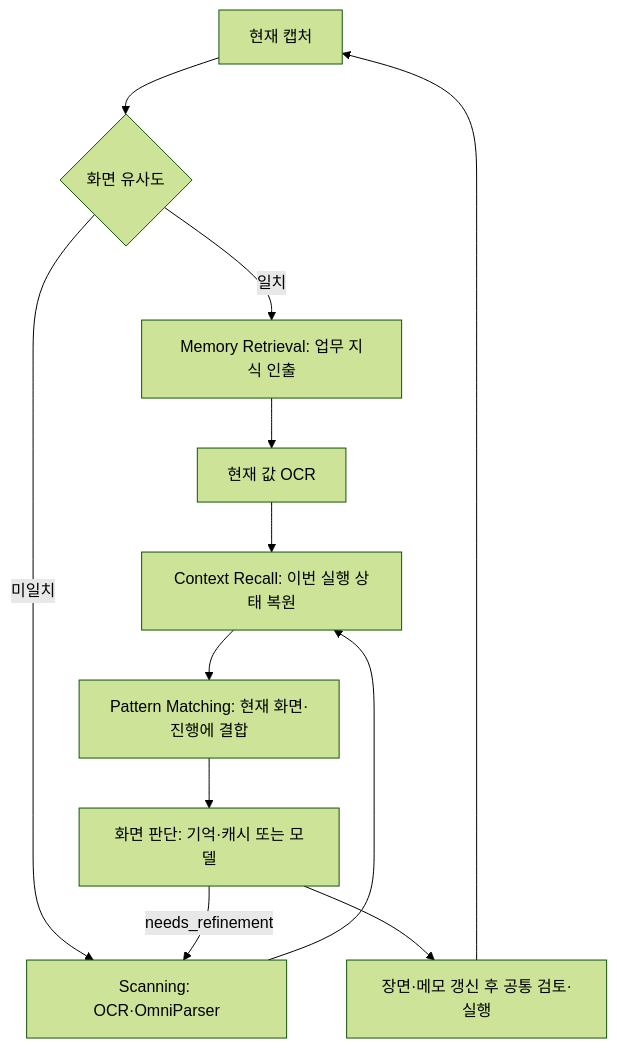
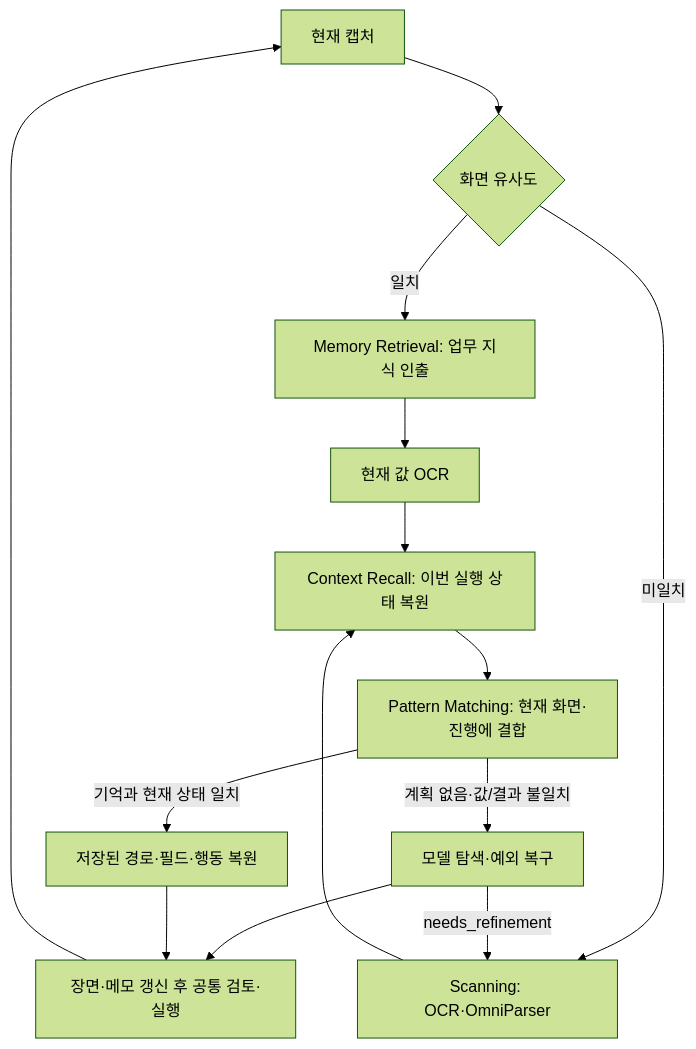
One commit to Dreamtreeme/agent-sawon changed the third of 3 diagrams in docs/code-flow.md. Above: the diagram before and after it, drawn with Mermaid (forest theme). The commit also changed other lines of this file and 11 other files, not shown here.

````diff
--- a/docs/code-flow.md
+++ b/docs/code-flow.md
@@ -67,14 +67,16 @@
 ```mermaid
 flowchart TD
     CAP[현재 캡처] --> SIM{화면 유사도}
     SIM -->|일치| MEM[Memory Retrieval: 업무 지식 인출]
     SIM -->|미일치| SCAN[Scanning: OCR·OmniParser]
     MEM --> VALUES[현재 값 OCR]
     VALUES --> RECALL[Context Recall: 이번 실행 상태 복원]
     SCAN --> RECALL
     RECALL --> MATCH[Pattern Matching: 현재 화면·진행에 결합]
-    MATCH --> DECIDE[화면 판단: 기억·캐시 또는 모델]
+    MATCH -->|기억과 현재 상태 일치| RESTORE[저장된 경로·필드·행동 복원]
+    MATCH -->|계획 없음·값/결과 불일치| DECIDE[모델 탐색·예외 복구]
     DECIDE -->|needs_refinement| SCAN
     DECIDE --> EXEC[장면·메모 갱신 후 공통 검토·실행]
+    RESTORE --> EXEC
     EXEC --> CAP
 ```
````
